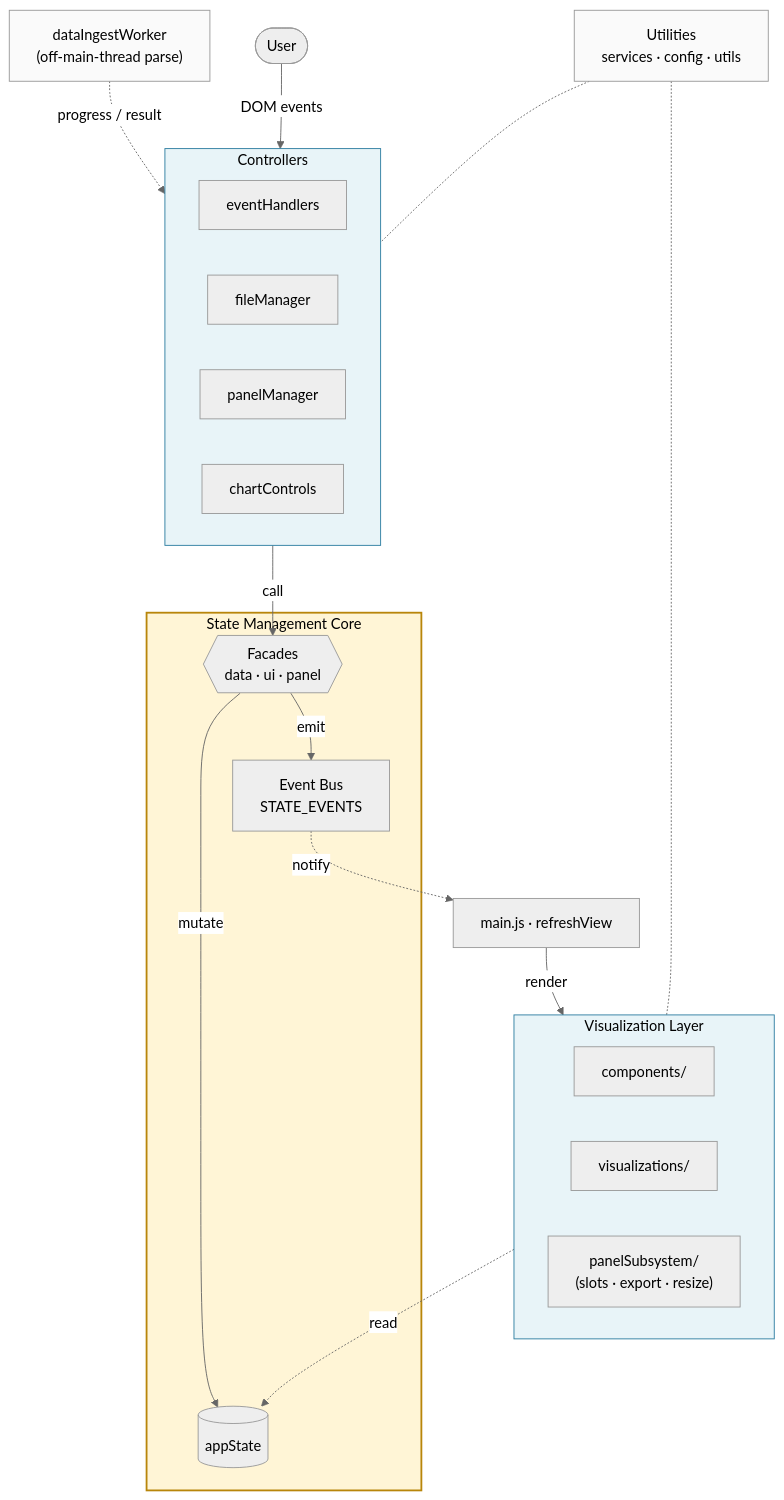
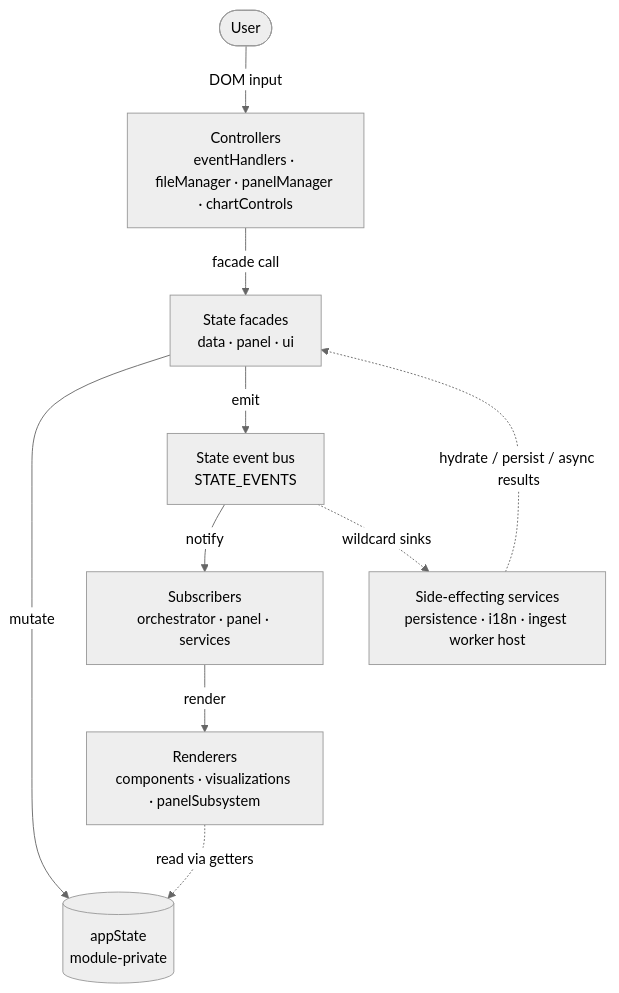
The diagram in ARCHITECTURE.md (GabrielInada/CHIVE), drawn with Mermaid (neutral theme) before and after one commit. The commit also changed other lines of this file and 7 other files, not shown here.

First line of the commit message:
docs: split architecture overview and reference

````diff
--- a/ARCHITECTURE.md
+++ b/ARCHITECTURE.md
@@ -38,41 +46,21 @@
 ```mermaid
 flowchart TB
     U(["User"])
-    subgraph CTRL["Controllers"]
-        direction LR
-        EH["eventHandlers"]
-        FM["fileManager"]
-        PM["panelManager"]
-        CC["chartControls"]
-    end
-    subgraph CORE["State Management Core"]
-        FAC{{"Facades<br/>data · ui · panel"}}
-        AS[("appState")]
-        EB["Event Bus<br/>STATE_EVENTS"]
-        FAC -- mutate --> AS
-        FAC -- emit --> EB
-    end
-    MAIN["main.js · refreshView"]
-    subgraph PRES["Visualization Layer"]
-        direction LR
-        COMP["components/"]
-        VIZ["visualizations/"]
-        PANEL["panelSubsystem/<br/>(slots · export · resize)"]
-    end
-    WORKER["dataIngestWorker<br/>(off-main-thread parse)"]
-    UTIL["Utilities<br/>services · config · utils"]
-    U -- DOM events --> CTRL
-    CTRL -- call --> FAC
-    EB -. notify .-> MAIN
-    MAIN -- render --> PRES
-    PRES -. read .-> AS
-    WORKER -. progress / result .-> FM
-    UTIL -.- CTRL
-    UTIL -.- PRES
-    classDef core fill:#fff5d6,stroke:#b8860b,stroke-width:2px,color:#000
-    classDef layer fill:#e8f4f8,stroke:#2c7da0,color:#000
-    classDef plain fill:#fafafa,stroke:#999,color:#000
-    class CORE core
-    class CTRL,PRES layer
-    class UTIL,WORKER plain
+    CTRL["Controllers<br/>eventHandlers · fileManager · panelManager · chartControls"]
+    FAC["State facades<br/>data · panel · ui"]
+    STATE[("appState<br/>module-private")]
+    BUS["State event bus<br/>STATE_EVENTS"]
+    SUB["Subscribers<br/>orchestrator · panel · services"]
+    VIEW["Renderers<br/>components · visualizations · panelSubsystem"]
+    SERVICES["Side-effecting services<br/>persistence · i18n · ingest worker host"]
+
+    U -- DOM input --> CTRL
+    CTRL -- facade call --> FAC
+    FAC -- mutate --> STATE
+    FAC -- emit --> BUS
+    BUS -- notify --> SUB
+    SUB -- render --> VIEW
+    VIEW -. read via getters .-> STATE
+    SERVICES -. hydrate / persist / async results .-> FAC
+    BUS -. wildcard sinks .-> SERVICES
 ```
````
